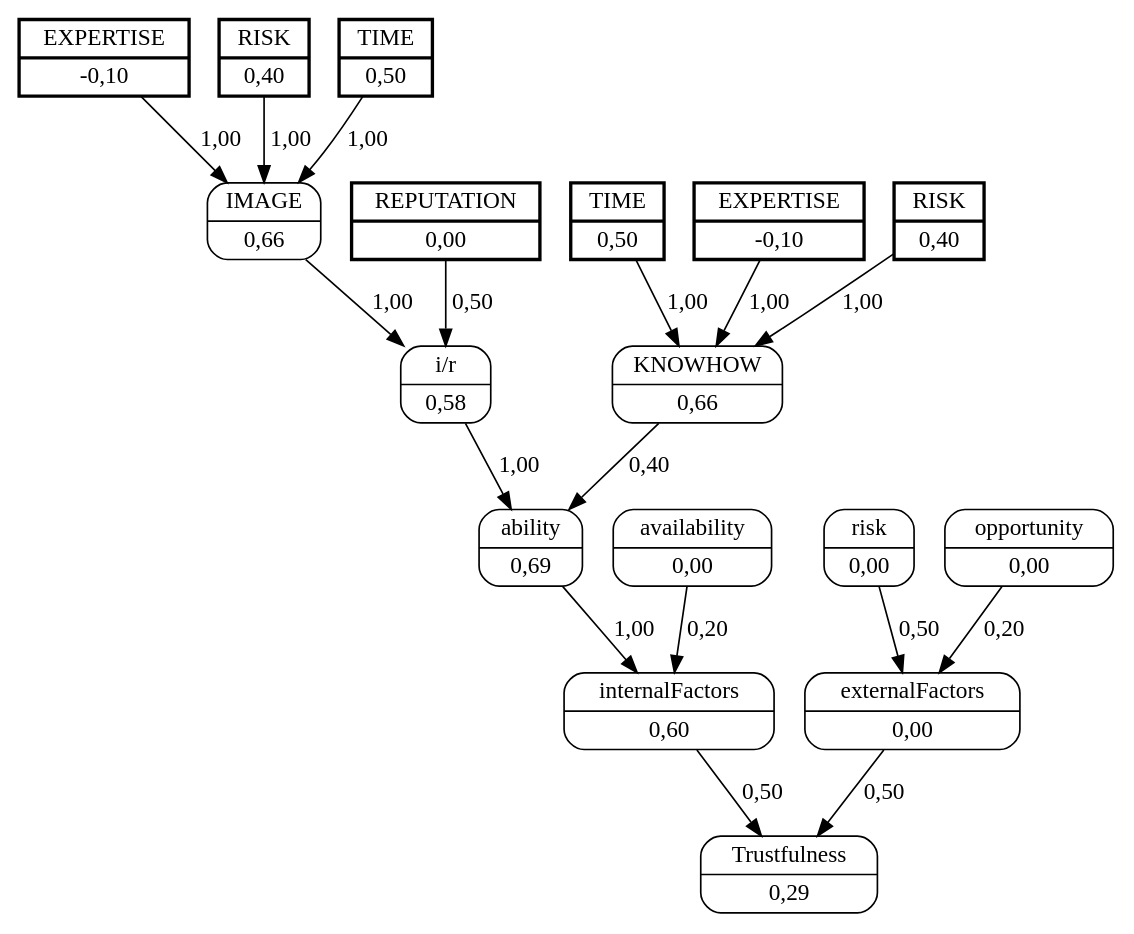
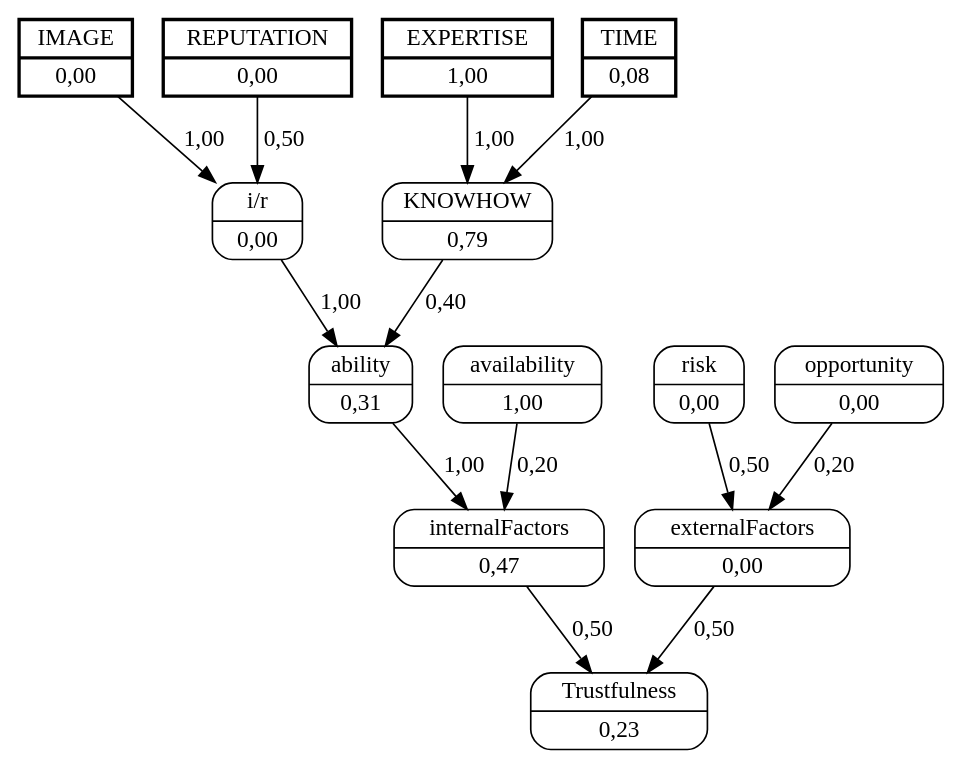
Before and after one commit to jjbaqueta/unload_experiment: the diagram in unload_boxes/dots/worker_1helper_5.dot, drawn with Graphviz. The commit also changed 50 other files, not shown here.

```diff
--- a/unload_boxes/dots/worker_1helper_5.dot
+++ b/unload_boxes/dots/worker_1helper_5.dot
@@ -1,39 +1,29 @@
 digraph FCM_net{
 	node [shape=record, style=rounded]
-	11 [label="{EXPERTISE | -0,10}", style=bold, penwidth=2, peripheries=2];
-	12 [label="{RISK | 0,40}", style=bold, penwidth=2, peripheries=2];
-	13 [label="{TIME | 0,50}", style=bold, penwidth=2, peripheries=2];
+	0 [label="{IMAGE | 0,00}", style=bold, penwidth=2, peripheries=2];
 	1 [label="{REPUTATION | 0,00}", style=bold, penwidth=2, peripheries=2];
-	14 [label="{EXPERTISE | -0,10}", style=bold, penwidth=2, peripheries=2];
-	15 [label="{RISK | 0,40}", style=bold, penwidth=2, peripheries=2];
-	16 [label="{TIME | 0,50}", style=bold, penwidth=2, peripheries=2];
-	0 [label="{IMAGE | 0,66}"];
-	2 [label="{KNOWHOW | 0,66}"];
-	3 [label="{i/r | 0,58}"];
-	4 [label="{ability | 0,69}"];
-	5 [label="{availability | 0,00}"];
-	6 [label="{internalFactors | 0,60}"];
+	11 [label="{EXPERTISE | 1,00}", style=bold, penwidth=2, peripheries=2];
+	12 [label="{TIME | 0,08}", style=bold, penwidth=2, peripheries=2];
+	0 [label="{IMAGE | 0,00}"];
+	2 [label="{KNOWHOW | 0,79}"];
+	3 [label="{i/r | 0,00}"];
+	4 [label="{ability | 0,31}"];
+	5 [label="{availability | 1,00}"];
+	6 [label="{internalFactors | 0,47}"];
 	7 [label="{risk | 0,00}"];
 	8 [label="{opportunity | 0,00}"];
 	9 [label="{externalFactors | 0,00}"];
-	10 [label="{Trustfulness | 0,29}"];
-	11 [label="{EXPERTISE | -0,10}"];
-	13 [label="{TIME | 0,50}"];
-	14 [label="{EXPERTISE | -0,10}"];
+	10 [label="{Trustfulness | 0,23}"];
 	0 -> 3 [label = "1,00"];
 	1 -> 3 [label = "0,50"];
 	3 -> 4 [label = "1,00"];
 	2 -> 4 [label = "0,40"];
 	4 -> 6 [label = "1,00"];
 	5 -> 6 [label = "0,20"];
 	6 -> 10 [label = "0,50"];
 	7 -> 9 [label = "0,50"];
 	8 -> 9 [label = "0,20"];
 	9 -> 10 [label = "0,50"];
-	11 -> 0 [label = "1,00"];
-	12 -> 0 [label = "1,00"];
-	13 -> 0 [label = "1,00"];
-	14 -> 2 [label = "1,00"];
-	15 -> 2 [label = "1,00"];
-	16 -> 2 [label = "1,00"];
+	11 -> 2 [label = "1,00"];
+	12 -> 2 [label = "1,00"];
 }
```
